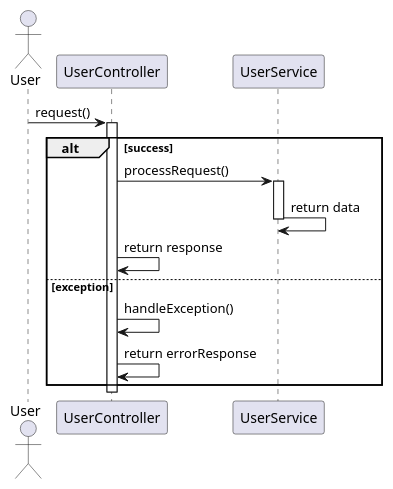
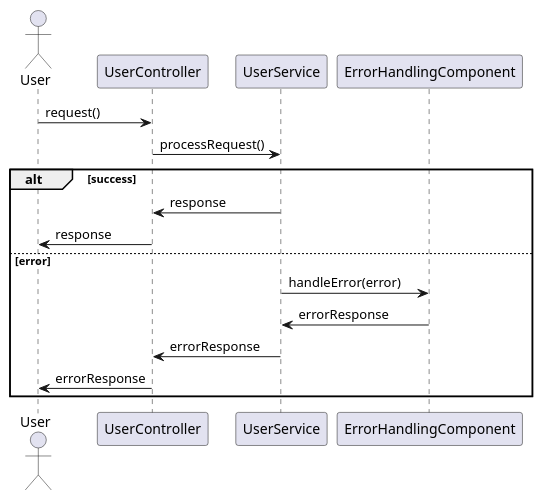
One commit to Dinesh-s95/AutoDoc.ai changed the fifth of 6 diagrams in identityprovider/documentation/detaileddesign.adoc. Above: the diagram before and after it, drawn with PlantUML. The commit also changed other lines of this file and 4 other files, not shown here.

````diff
--- a/identityprovider/documentation/detaileddesign.adoc
+++ b/identityprovider/documentation/detaileddesign.adoc
@@ -418,23 +391,20 @@
-[plantuml, "exception-handling-sequence", png]
-----
+```plantuml
 @startuml
 actor User
 participant UserController
 participant UserService
+participant ErrorHandlingComponent
 
 User -> UserController : request()
-activate UserController
-
+UserController -> UserService : processRequest()
 alt success
-  UserController -> UserService : processRequest()
-  activate UserService
-  UserService -> UserService : return data
-  deactivate UserService
-  UserController -> UserController : return response
-else exception
-  UserController -> UserController : handleException()
-  UserController -> UserController : return errorResponse
+    UserService -> UserController : response
+    UserController -> User : response
+else error
+    UserService -> ErrorHandlingComponent : handleError(error)
+    ErrorHandlingComponent -> UserService : errorResponse
+    UserService -> UserController : errorResponse
+    UserController -> User : errorResponse
 end
-deactivate UserController
 @enduml
-----
+```
````
